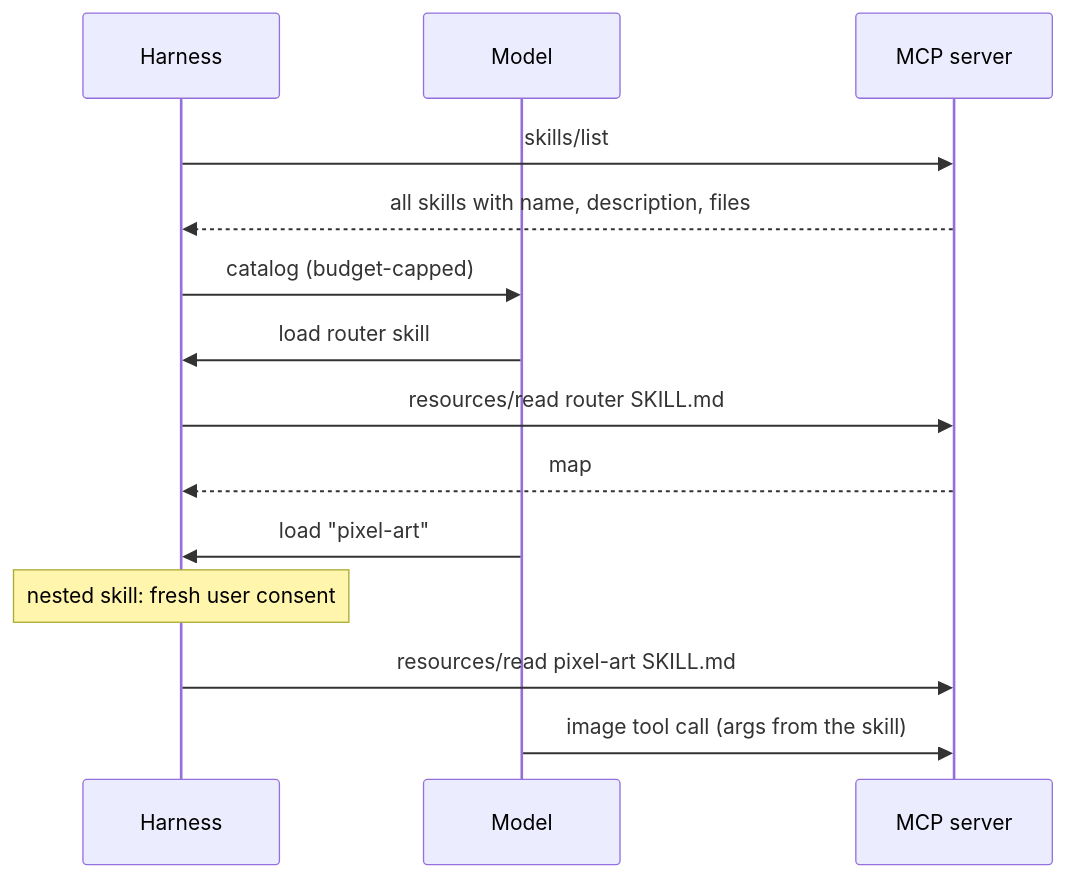
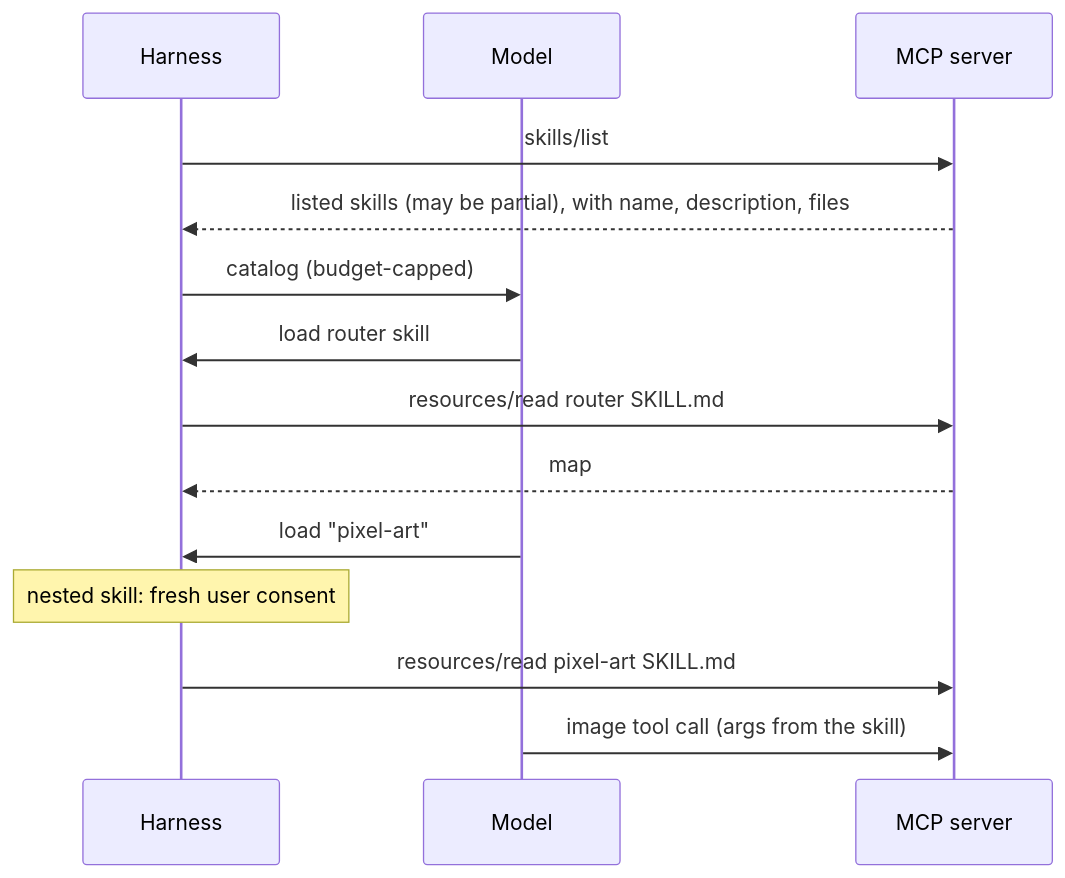
Before and after one commit to Glareone/megadev-course: the diagram in Week2_Lecture_3_MCP_MCP+Resources_Skills/04_Router_Skill_Across_MCP_Server_Skills_And_Harness.md, drawn with Mermaid. The commit also changed other lines of this file and 9 other files, not shown here.

````diff
--- a/Week2_Lecture_3_MCP_MCP+Resources_Skills/04_Router_Skill_Across_MCP_Server_Skills_And_Harness.md
+++ b/Week2_Lecture_3_MCP_MCP+Resources_Skills/04_Router_Skill_Across_MCP_Server_Skills_And_Harness.md
@@ -34,16 +34,16 @@
 ```mermaid
 sequenceDiagram
     participant H as Harness
     participant M as Model
     participant S as MCP server
     H->>S: skills/list
-    S-->>H: all skills with name, description, files
+    S-->>H: listed skills (may be partial), with name, description, files
     H->>M: catalog (budget-capped)
     M->>H: load router skill
     H->>S: resources/read router SKILL.md
     S-->>H: map
     M->>H: load "pixel-art"
     Note over H: nested skill: fresh user consent
     H->>S: resources/read pixel-art SKILL.md
     M->>S: image tool call (args from the skill)
 ```
````
